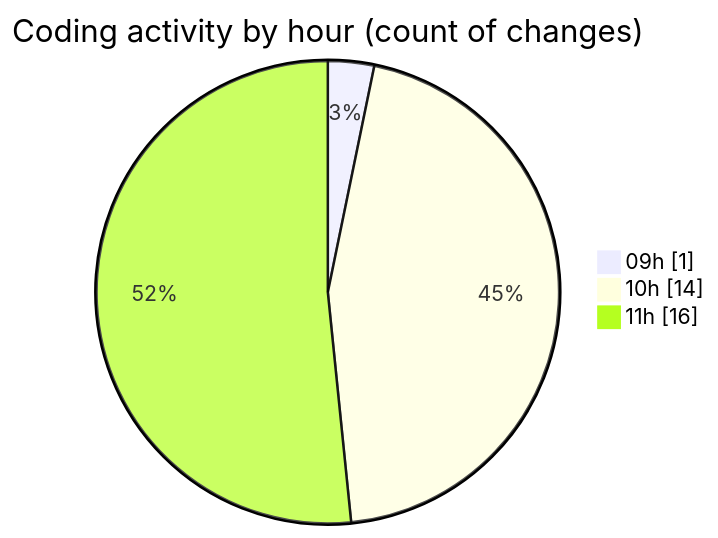
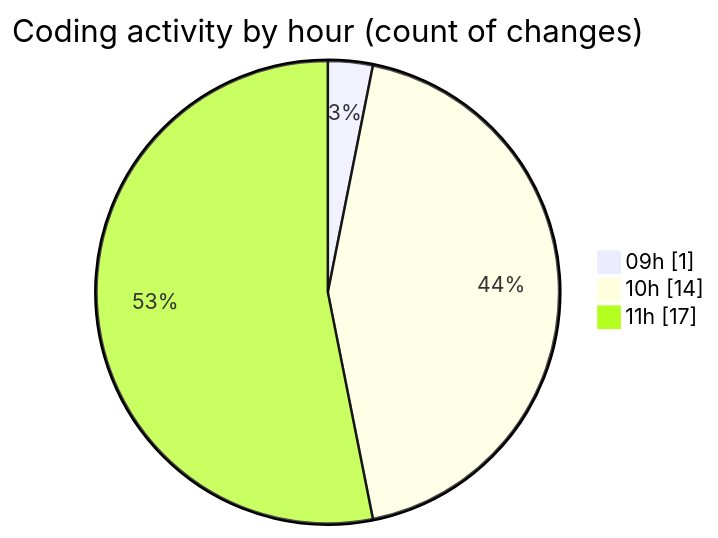
The second of 2 diagrams in 2025-05-07/niten/README.md (Elitesun/code-tracking), drawn with Mermaid before and after one commit. The commit also changed other lines of this file and 1 other file, not shown here.

````diff
--- a/2025-05-07/niten/README.md
+++ b/2025-05-07/niten/README.md
@@ -41,7 +41,7 @@
 ```mermaid
 pie showData
 title Coding activity by hour (count of changes)
 "09h" : 1
 "10h" : 14
-"11h" : 16
+"11h" : 17
 ```
````
